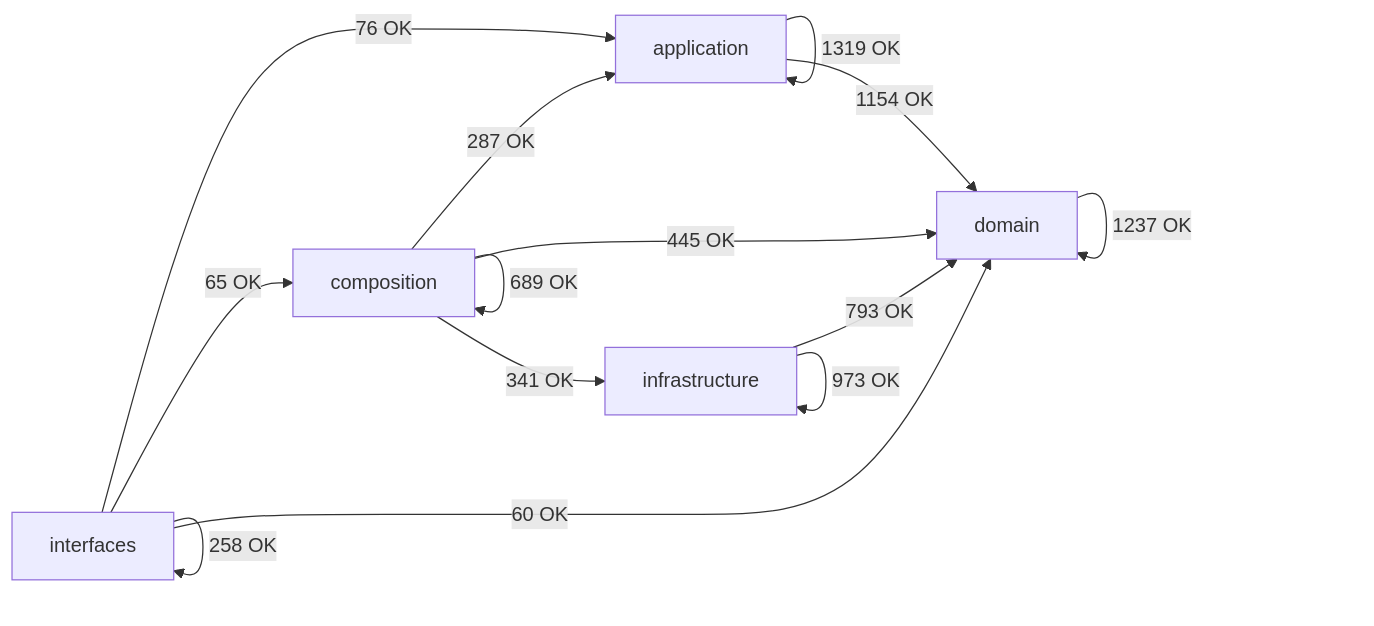
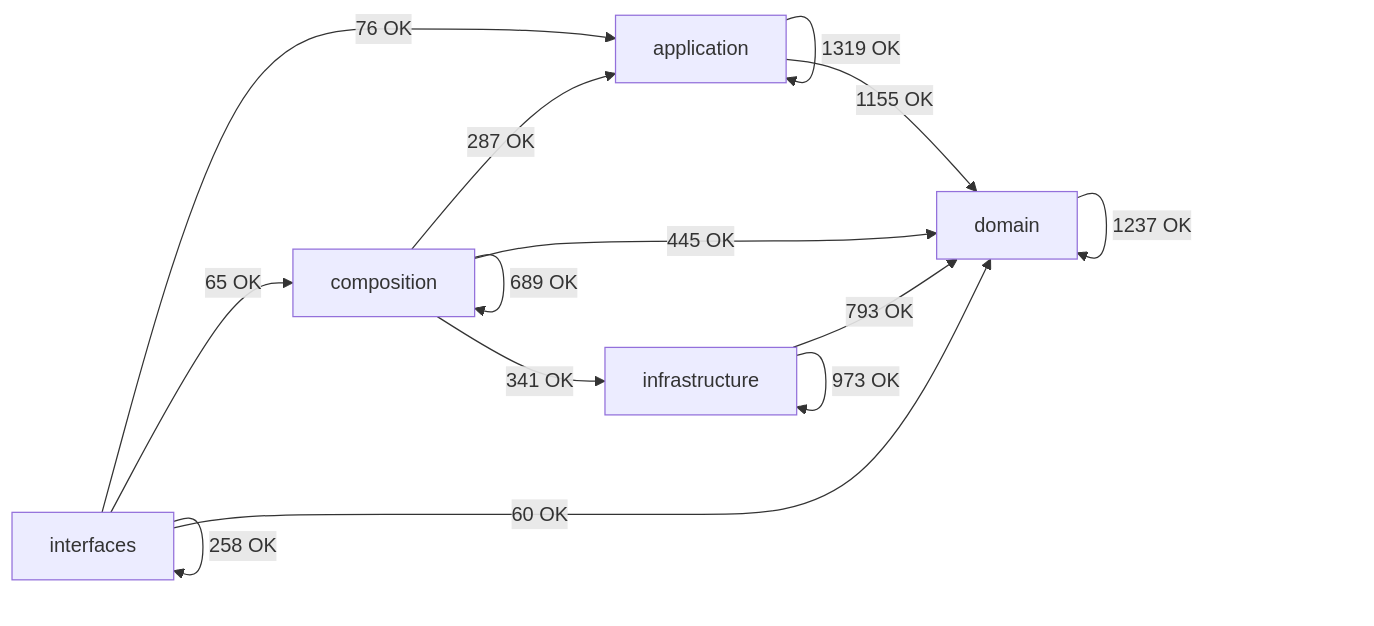
One commit to SatoryKono/BioactivityDataAcquisition changed the diagram in docs/02-architecture/generated/module-dependency-map.md. Above: the diagram before and after it, drawn with Mermaid. The commit also changed other lines of this file and 65 other files, not shown here.

````diff
--- a/docs/02-architecture/generated/module-dependency-map.md
+++ b/docs/02-architecture/generated/module-dependency-map.md
@@ -17,21 +17,21 @@
 ```mermaid
 flowchart LR
     domain[domain]
     application[application]
     infrastructure[infrastructure]
     composition[composition]
     interfaces[interfaces]
     application -->|1319 OK| application
-    application -->|1154 OK| domain
+    application -->|1155 OK| domain
     composition -->|287 OK| application
     composition -->|689 OK| composition
     composition -->|445 OK| domain
     composition -->|341 OK| infrastructure
     domain -->|1237 OK| domain
     infrastructure -->|793 OK| domain
     infrastructure -->|973 OK| infrastructure
     interfaces -->|76 OK| application
     interfaces -->|65 OK| composition
     interfaces -->|60 OK| domain
     interfaces -->|258 OK| interfaces
 ```
````
